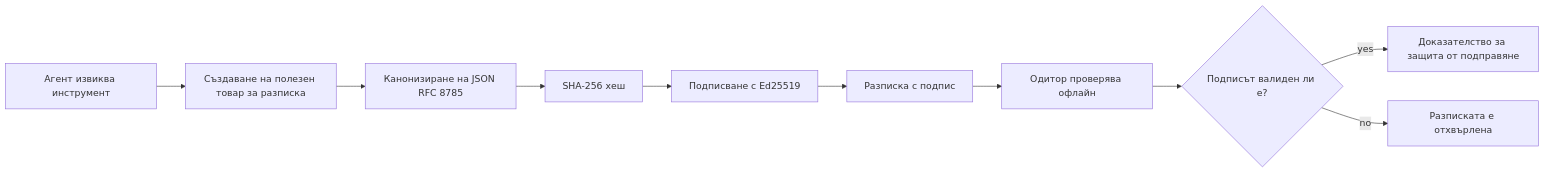
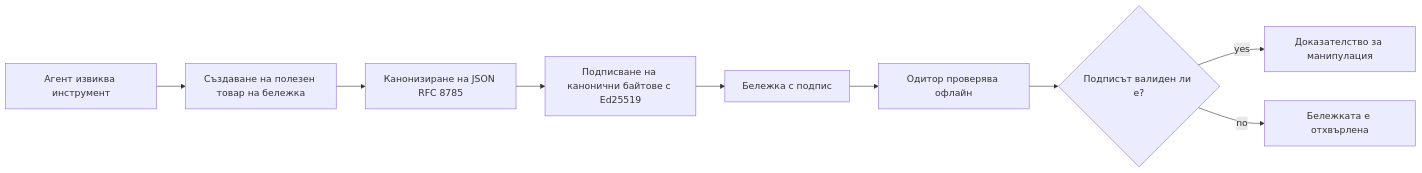
Before and after one commit to gabrielmoreira/agent-skills-mirror: the first of 2 diagrams in mirrors/repos/microsoft@ai-agents-for-beginners/translations/bg/18-securing-ai-agents/README.md, drawn with Mermaid. The commit also changed other lines of this file and 4262 other files, not shown here.

````diff
--- a/mirrors/repos/microsoft@ai-agents-for-beginners/translations/bg/18-securing-ai-agents/README.md
+++ b/mirrors/repos/microsoft@ai-agents-for-beginners/translations/bg/18-securing-ai-agents/README.md
@@ -51,12 +51,11 @@
 ```mermaid
 flowchart LR
-    A[Агент извиква инструмент] --> B[Създаване на полезен товар за разписка]
+    A[Агент извиква инструмент] --> B[Създаване на полезен товар на бележка]
     B --> C[Канонизиране на JSON RFC 8785]
-    C --> D[SHA-256 хеш]
-    D --> E[Подписване с Ed25519]
-    E --> F[Разписка с подпис]
+    C --> E[Подписване на канонични байтове с Ed25519]
+    E --> F[Бележка с подпис]
     F --> G[Одитор проверява офлайн]
     G --> H{Подписът валиден ли е?}
-    H -- yes --> I[Доказателство за защита от подправяне]
-    H -- no --> J[Разписката е отхвърлена]
+    H -- yes --> I[Доказателство за манипулация]
+    H -- no --> J[Бележката е отхвърлена]
 ```
````
